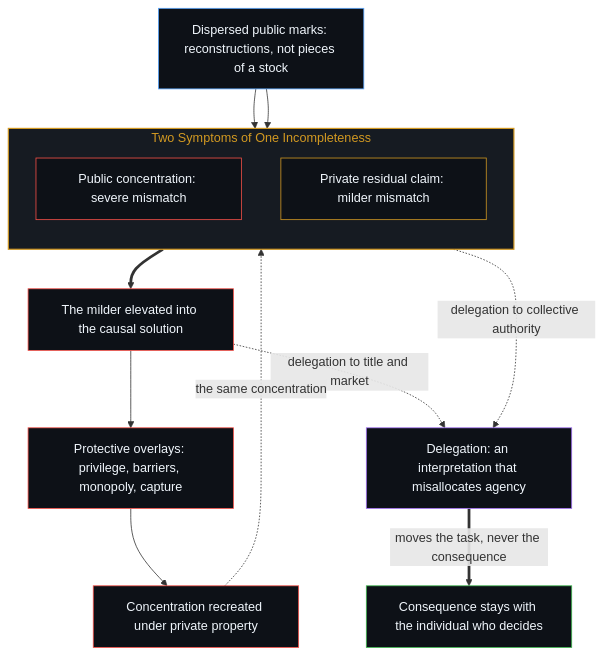
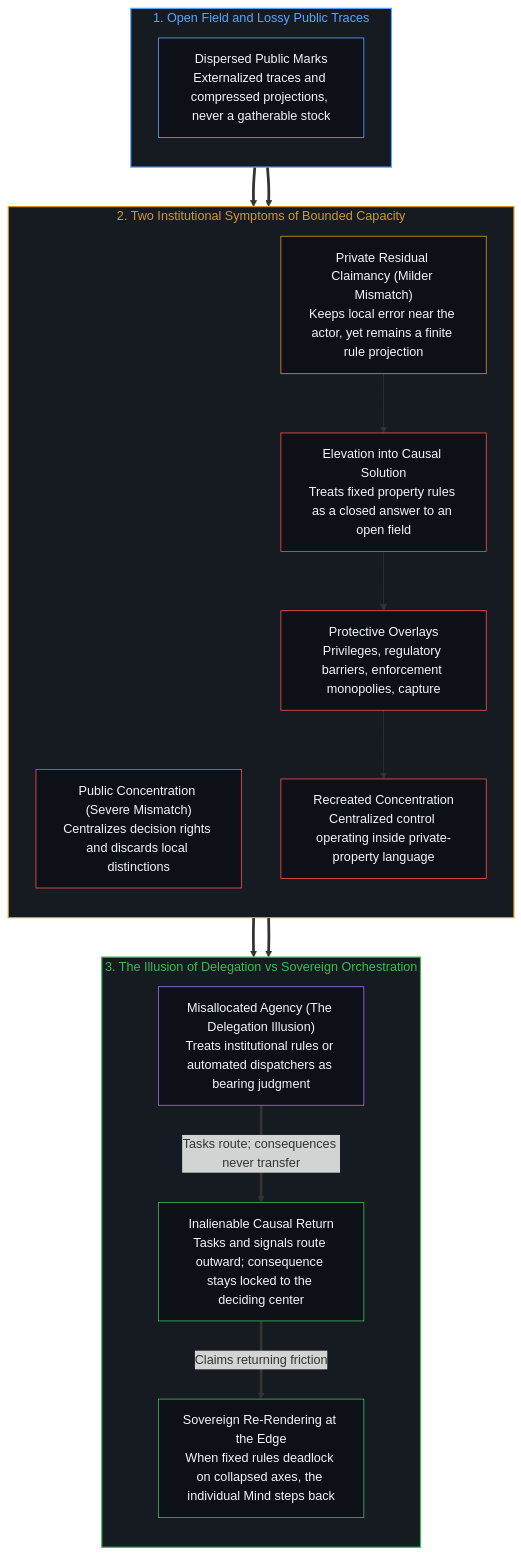
One commit to powerpig99/not-a-toe changed the second of 2 diagrams in content/posts/the-knowledge-problem-and-the-illusion-of-delegation.md. Above: the diagram before and after it, drawn with Mermaid. The commit also changed other lines of this file and 1 other file, not shown here.

Commit message:
Refine the-knowledge-problem-and-the-illusion-of-delegation (Wave 3 L2 #121: weave beyond-the-projection)

````diff
--- a/content/posts/the-knowledge-problem-and-the-illusion-of-delegation.md
+++ b/content/posts/the-knowledge-problem-and-the-illusion-of-delegation.md
@@ -108,30 +122,44 @@
 ```mermaid
 flowchart TD
-    K["Dispersed public marks: reconstructions, not pieces of a stock"]
-    subgraph S_Sym["Two Symptoms of One Incompleteness"]
+    subgraph S_Field["1. Open Field and Lossy Public Traces"]
         direction TB
-        P1["Public concentration: severe mismatch"]
-        P2["Private residual claim: milder mismatch"]
+        K["Dispersed Public Marks<br/>Externalized traces and compressed projections, never a gatherable stock"]
     end
-    E["The milder elevated into the causal solution"]
-    O["Protective overlays: privilege, barriers, monopoly, capture"]
-    C["Concentration recreated under private property"]
-    D["Delegation: an interpretation that misallocates agency"]
-    I["Consequence stays with the individual who decides"]
-    K --> P1
-    K --> P2
-    P2 ==> E --> O --> C
-    C -.->|"the same concentration"| P1
-    D ==>|"moves the task, never the consequence"| I
-    P1 -.->|"delegation to collective authority"| D
-    E -.->|"delegation to title and market"| D
+
+    subgraph S_Sym["2. Two Institutional Symptoms of Bounded Capacity"]
+        direction TB
+        P1["Public Concentration (Severe Mismatch)<br/>Centralizes decision rights and discards local distinctions"]
+        P2["Private Residual Claimancy (Milder Mismatch)<br/>Keeps local error near the actor, yet remains a finite rule projection"]
+        E["Elevation into Causal Solution<br/>Treats fixed property rules as a closed answer to an open field"]
+        O["Protective Overlays<br/>Privileges, regulatory barriers, enforcement monopolies, capture"]
+        C["Recreated Concentration<br/>Centralized control operating inside private-property language"]
+        P2 --> E --> O --> C
+    end
+
+    subgraph S_Del["3. The Illusion of Delegation vs Sovereign Orchestration"]
+        direction TB
+        D["Misallocated Agency (The Delegation Illusion)<br/>Treats institutional rules or automated dispatchers as bearing judgment"]
+        I["Inalienable Causal Return<br/>Tasks and signals route outward; consequence stays locked to the deciding center"]
+        S["Sovereign Re-Rendering at the Edge<br/>When fixed rules deadlock on collapsed axes, the individual Mind steps back"]
+        D ==>|"Tasks route; consequences never transfer"| I
+        I ==>|"Claims returning friction"| S
+    end
+
+    K ==> P1
+    K ==> P2
+    P1 ==> D
+    C ==> D
+
+    style S_Field fill:#161b22,stroke:#58a6ff,stroke-width:1.5px,color:#58a6ff
     style S_Sym fill:#161b22,stroke:#d29922,stroke-width:1.5px,color:#d29922
+    style S_Del fill:#161b22,stroke:#3fb950,stroke-width:1.5px,color:#3fb950
     style K fill:#0d1117,stroke:#58a6ff,stroke-width:1px,color:#f0f6fc
     style P1 fill:#0d1117,stroke:#f85149,stroke-width:1px,color:#f0f6fc
     style P2 fill:#0d1117,stroke:#d29922,stroke-width:1px,color:#f0f6fc
     style E fill:#0d1117,stroke:#f85149,stroke-width:1px,color:#f0f6fc
     style O fill:#0d1117,stroke:#f85149,stroke-width:1px,color:#f0f6fc
     style C fill:#0d1117,stroke:#f85149,stroke-width:1px,color:#f0f6fc
     style D fill:#0d1117,stroke:#a371f7,stroke-width:1px,color:#f0f6fc
     style I fill:#0d1117,stroke:#3fb950,stroke-width:1px,color:#f0f6fc
+    style S fill:#0d1117,stroke:#3fb950,stroke-width:1px,color:#f0f6fc
 ```
````
